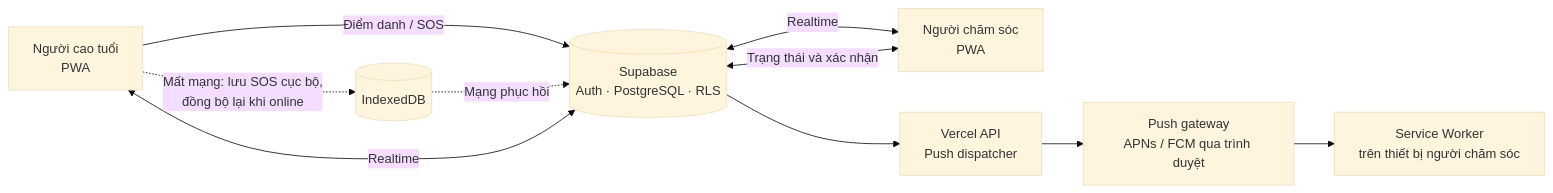
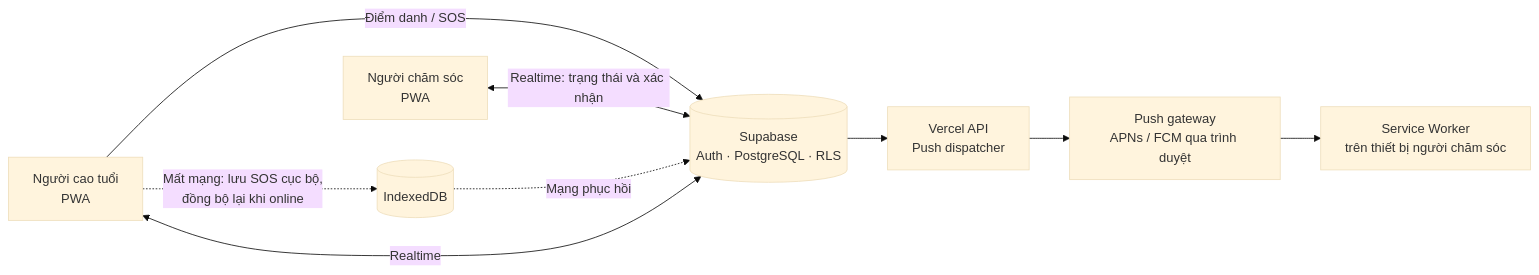
One commit to pht1412/SafeCheck-App changed the diagram in README.md. Above: the diagram before and after it, drawn with Mermaid (base theme).

Commit message:
docs: clarify caregiver flow in architecture diagram

````diff
--- a/README.md
+++ b/README.md
@@ -56,12 +56,11 @@
 ```mermaid
 flowchart LR
     E[Người cao tuổi<br/>PWA] -->|Điểm danh / SOS| DB[(Supabase<br/>Auth · PostgreSQL · RLS)]
-    C[Người chăm sóc<br/>PWA] <-->|Trạng thái và xác nhận| DB
+    C[Người chăm sóc<br/>PWA] <-->|Realtime: trạng thái và xác nhận| DB
     DB <-->|Realtime| E
-    DB <-->|Realtime| C
     DB --> API[Vercel API<br/>Push dispatcher]
     API --> GW[Push gateway<br/>APNs / FCM qua trình duyệt]
     GW --> SW[Service Worker<br/>trên thiết bị người chăm sóc]
     E -.->|Mất mạng: lưu SOS cục bộ,<br/>đồng bộ lại khi online| Q[(IndexedDB)]
     Q -.->|Mạng phục hồi| DB
 ```
````
